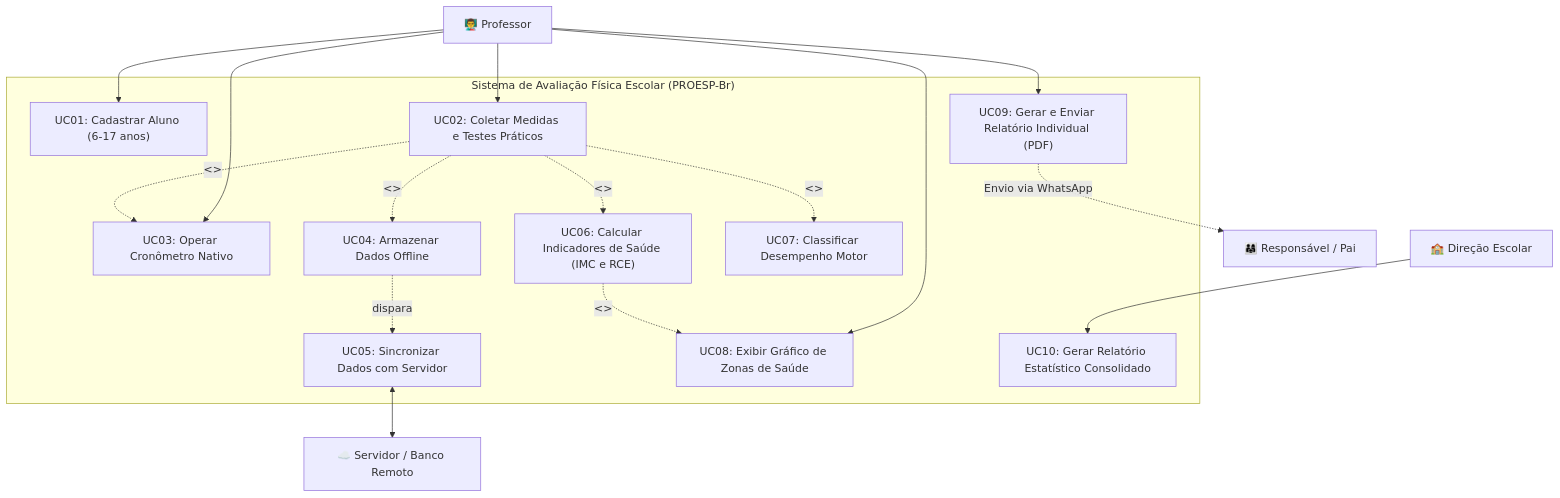
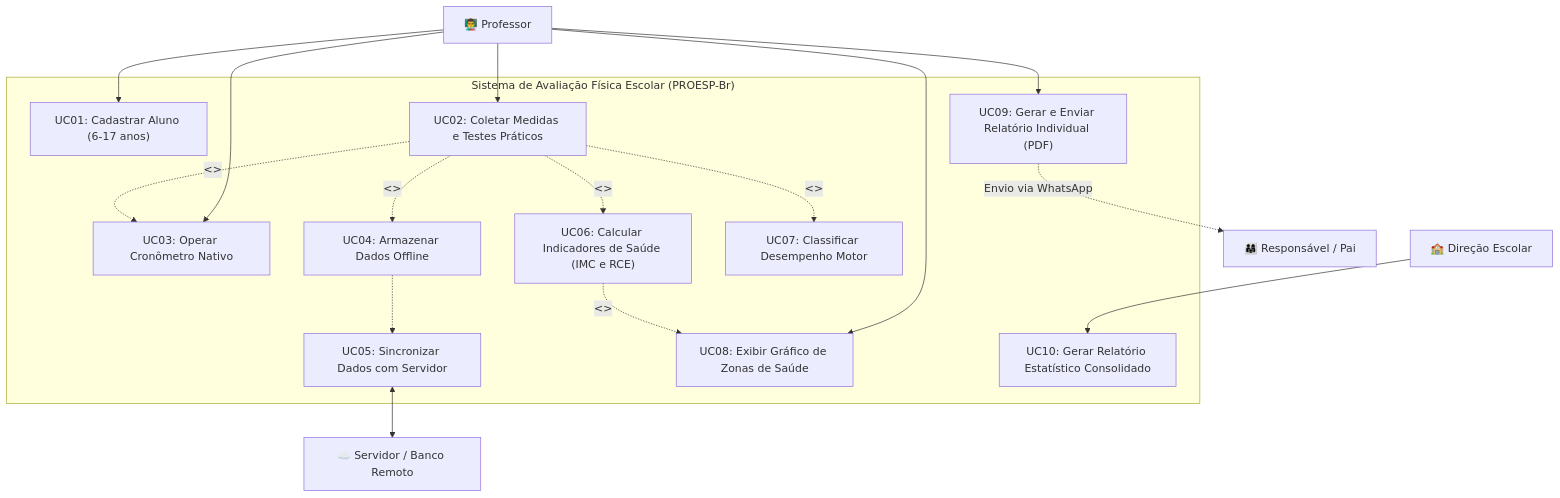
Before and after one commit to vsb33/FitMetric: the diagram in README.md, drawn with Mermaid.

````diff
--- a/README.md
+++ b/README.md
@@ -69,42 +69,42 @@
 ``` mermaid
 flowchart TD
     %% Atores
     Prof["👨‍🏫 Professor"]
     Dir["🏫 Direção Escolar"]
     Resp["👨‍👩‍👧 Responsável / Pai"]
     Sys["☁️ Servidor / Banco Remoto"]
 
     %% Escopo do Sistema
     subgraph Sistema_PROESP["Sistema de Avaliação Física Escolar (PROESP-Br)"]
         UC01["UC01: Cadastrar Aluno (6-17 anos)"]
         UC02["UC02: Coletar Medidas e Testes Práticos"]
         UC03["UC03: Operar Cronômetro Nativo"]
         UC04["UC04: Armazenar Dados Offline"]
         UC05["UC05: Sincronizar Dados com Servidor"]
         UC06["UC06: Calcular Indicadores de Saúde (IMC e RCE)"]
         UC07["UC07: Classificar Desempenho Motor"]
         UC08["UC08: Exibir Gráfico de Zonas de Saúde"]
         UC09["UC09: Gerar e Enviar Relatório Individual (PDF)"]
         UC10["UC10: Gerar Relatório Estatístico Consolidado"]
     end
 
     %% Relacionamentos
     Prof --> UC01
     Prof --> UC02
     Prof --> UC03
     Prof --> UC08
     Prof --> UC09
 
     Dir --> UC10
 
     UC09 -.->|"Envio via WhatsApp"| Resp
 
     %% Inclusões e Extensões
     UC02 -.->|"<<include>>"| UC03
     UC02 -.->|"<<include>>"| UC04
     UC02 -.->|"<<include>>"| UC06
     UC02 -.->|"<<include>>"| UC07
-    UC04 -.->|"dispara"| UC05
+    UC04 -.-> UC05
     UC05 <--> Sys
     UC06 -.->|"<<include>>"| UC08
 ```
````
